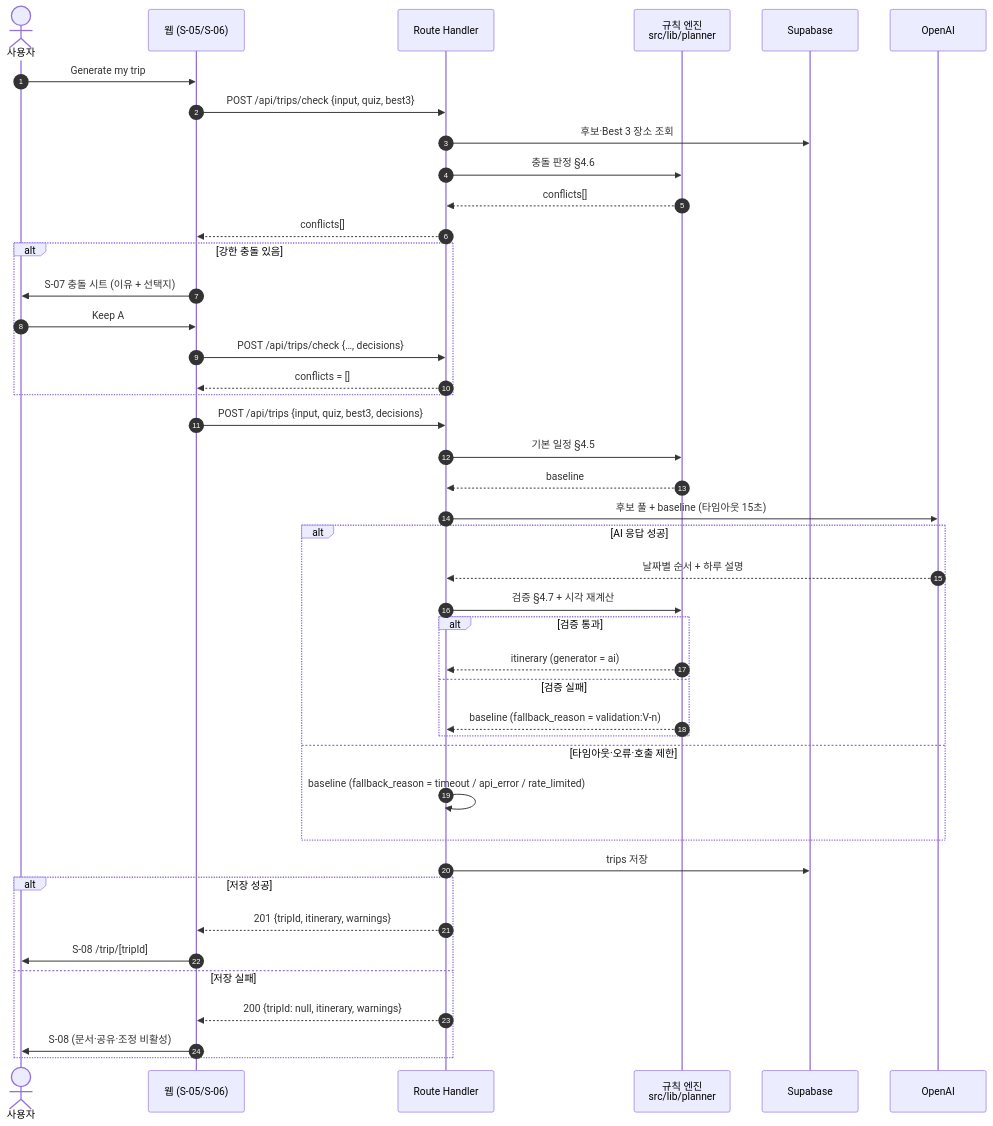
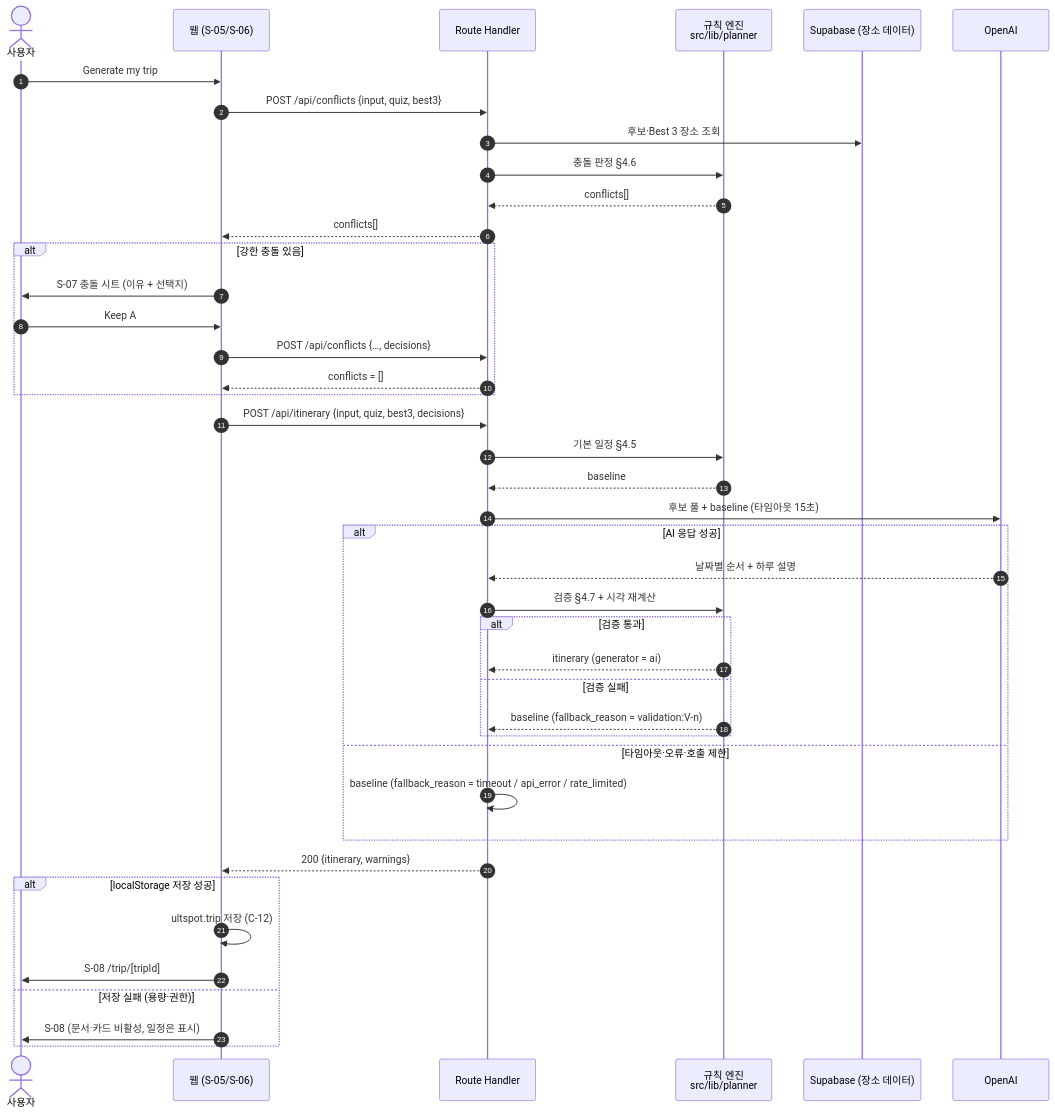
Before and after one commit to tlstkdgus/ULTSPOT: the fourth of 11 diagrams in docs/specs/user-flow.md, drawn with Mermaid. The commit also changed other lines of this file and 2 other files, not shown here.

````diff
--- a/docs/specs/user-flow.md
+++ b/docs/specs/user-flow.md
@@ -154,50 +155,49 @@
 ```mermaid
 sequenceDiagram
     autonumber
     actor U as 사용자
     participant W as 웹 (S-05/S-06)
     participant API as Route Handler
     participant R as 규칙 엔진<br/>src/lib/planner
-    participant DB as Supabase
+    participant DB as Supabase (장소 데이터)
     participant AI as OpenAI
 
     U->>W: Generate my trip
-    W->>API: POST /api/trips/check {input, quiz, best3}
+    W->>API: POST /api/conflicts {input, quiz, best3}
     API->>DB: 후보·Best 3 장소 조회
     API->>R: 충돌 판정 §4.6
     R-->>API: conflicts[]
     API-->>W: conflicts[]
 
     alt 강한 충돌 있음
         W->>U: S-07 충돌 시트 (이유 + 선택지)
         U->>W: Keep A
-        W->>API: POST /api/trips/check {…, decisions}
+        W->>API: POST /api/conflicts {…, decisions}
         API-->>W: conflicts = []
     end
 
-    W->>API: POST /api/trips {input, quiz, best3, decisions}
+    W->>API: POST /api/itinerary {input, quiz, best3, decisions}
     API->>R: 기본 일정 §4.5
     R-->>API: baseline
     API->>AI: 후보 풀 + baseline (타임아웃 15초)
 
     alt AI 응답 성공
         AI-->>API: 날짜별 순서 + 하루 설명
         API->>R: 검증 §4.7 + 시각 재계산
         alt 검증 통과
             R-->>API: itinerary (generator = ai)
         else 검증 실패
             R-->>API: baseline (fallback_reason = validation:V-n)
         end
     else 타임아웃·오류·호출 제한
         API->>API: baseline (fallback_reason = timeout / api_error / rate_limited)
     end
 
-    API->>DB: trips 저장
-    alt 저장 성공
-        API-->>W: 201 {tripId, itinerary, warnings}
+    API-->>W: 200 {itinerary, warnings}
+    alt localStorage 저장 성공
+        W->>W: ultspot.trip 저장 (C-12)
         W->>U: S-08 /trip/[tripId]
-    else 저장 실패
-        API-->>W: 200 {tripId: null, itinerary, warnings}
-        W->>U: S-08 (문서·공유·조정 비활성)
+    else 저장 실패 (용량·권한)
+        W->>U: S-08 (문서·카드 비활성, 일정은 표시)
     end
 ```
````
